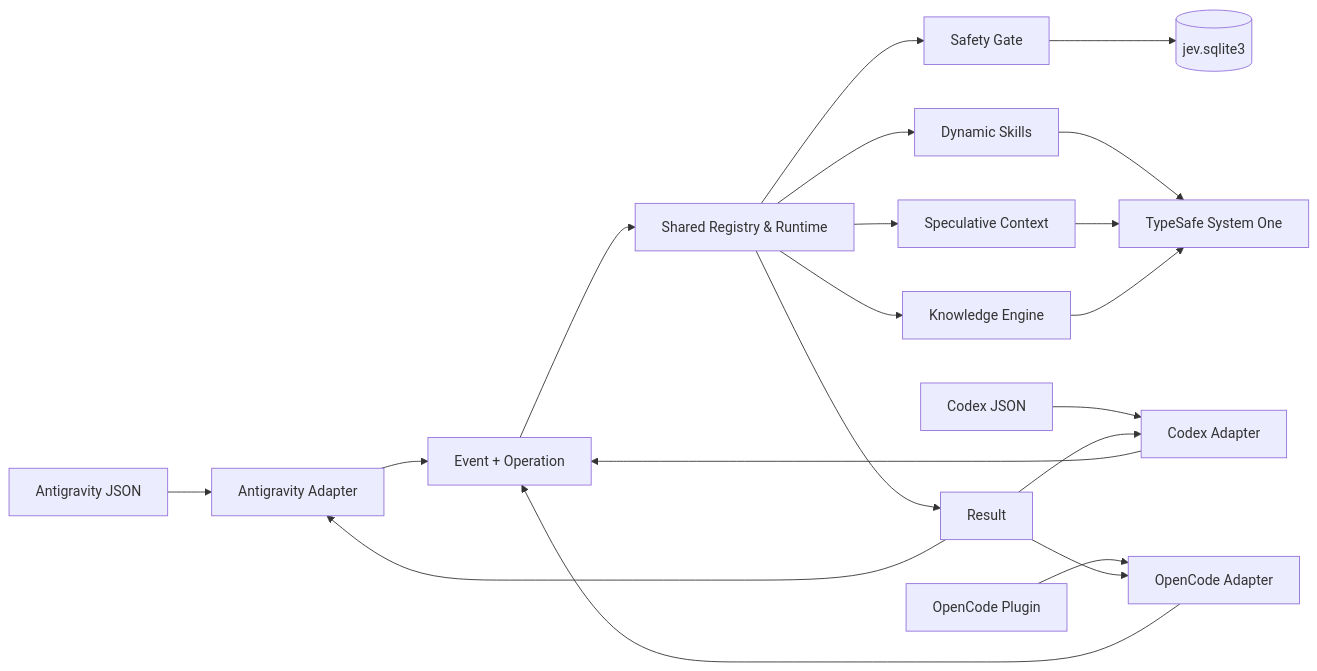
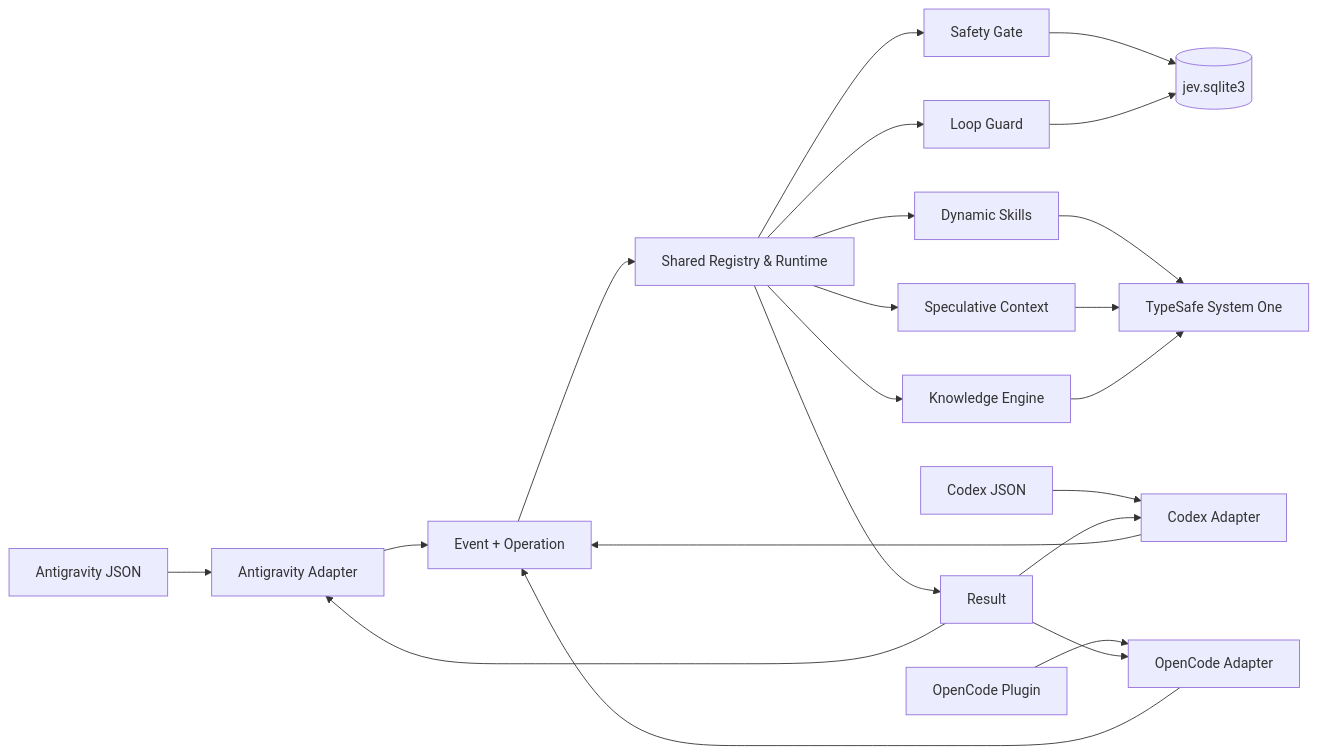
One commit to Ajasra/jev-hooks changed the diagram in docs/ARCHITECTURE.md. Above: the diagram before and after it, drawn with Mermaid. The commit also changed other lines of this file and 47 other files, not shown here.

````diff
--- a/docs/ARCHITECTURE.md
+++ b/docs/ARCHITECTURE.md
@@ -15,22 +15,24 @@
 ```mermaid
 flowchart LR
     A[Antigravity JSON] --> AA[Antigravity Adapter]
     C[Codex JSON] --> CA[Codex Adapter]
     OC[OpenCode Plugin] --> OA[OpenCode Adapter]
     AA --> E[Event + Operation]
     CA --> E
     OA --> E
     E --> R[Shared Registry & Runtime]
     R --> S[Safety Gate]
     R --> SK[Dynamic Skills]
     R --> P[Speculative Context]
     R --> K[Knowledge Engine]
+    R --> LG[Loop Guard]
     S --> DB[(jev.sqlite3)]
+    LG --> DB
     SK --> J[TypeSafe System One]
     P --> J
     K --> J
     R --> O[Result]
     O --> AA
     O --> CA
     O --> OA
 ```
````
